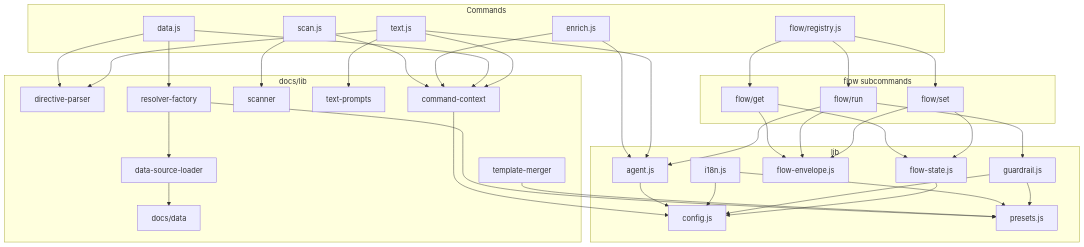
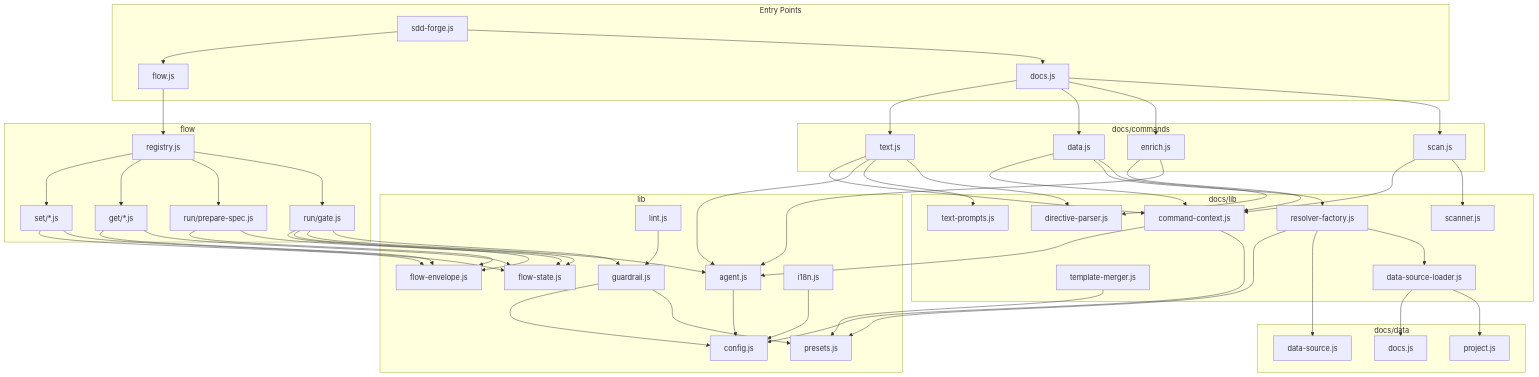
The diagram in docs/internal_design.md (SpreadWorks/sdd-forge), drawn with Mermaid before and after one commit. The commit also changed other lines of this file and 7 other files, not shown here.

````diff
--- a/docs/internal_design.md
+++ b/docs/internal_design.md
@@ -112,72 +140,96 @@
 ```mermaid
 graph TD
-    subgraph Commands
-        SC[scan.js]
-        EN[enrich.js]
-        DA[data.js]
-        TX[text.js]
-        FR[flow/registry.js]
-    end
+  subgraph Entry[Entry Points]
+    cli[sdd-forge.js]
+    docs_d[docs.js]
+    flow_d[flow.js]
+  end
 
-    subgraph DocsLib[docs/lib]
-        DP[directive-parser]
-        RF[resolver-factory]
-        SCN[scanner]
-        TP[text-prompts]
-        CC[command-context]
-        TM[template-merger]
-        DSL[data-source-loader]
-        DS[docs/data]
-    end
+  subgraph DocCmds[docs/commands]
+    scan[scan.js]
+    enrich[enrich.js]
+    data_cmd[data.js]
+    text_cmd[text.js]
+  end
 
-    subgraph FlowSub[flow subcommands]
-        FG[flow/get]
-        FRN[flow/run]
-        FS[flow/set]
-    end
+  subgraph DocLib[docs/lib]
+    dp[directive-parser.js]
+    rf[resolver-factory.js]
+    tm[template-merger.js]
+    cc[command-context.js]
+    tp[text-prompts.js]
+    sc[scanner.js]
+    dsl[data-source-loader.js]
+  end
 
-    subgraph CoreLib[lib]
-        AG[agent.js]
-        FST[flow-state.js]
-        FE[flow-envelope.js]
-        GR[guardrail.js]
-        I18[i18n.js]
-        CFG[config.js]
-        PRE[presets.js]
-    end
+  subgraph DocData[docs/data]
+    ds_base[data-source.js]
+    ds_project[project.js]
+    ds_docs[docs.js]
+  end
 
-    SC --> SCN
-    SC --> CC
-    EN --> AG
-    EN --> CC
-    DA --> DP
-    DA --> RF
-    DA --> CC
-    TX --> DP
-    TX --> TP
-    TX --> AG
-    TX --> CC
+  subgraph FlowMod[flow]
+    registry[registry.js]
+    gate[run/gate.js]
+    prepare[run/prepare-spec.js]
+    fl_get[get/*.js]
+    fl_set[set/*.js]
+  end
 
-    FR --> FG
-    FR --> FRN
-    FR --> FS
-    FG --> FST
-    FG --> FE
-    FRN --> AG
-    FRN --> GR
-    FRN --> FE
-    FS --> FST
-    FS --> FE
+  subgraph CoreLib[lib]
+    agent[agent.js]
+    flow_state[flow-state.js]
+    envelope[flow-envelope.js]
+    guardrail[guardrail.js]
+    i18n[i18n.js]
+    config[config.js]
+    presets[presets.js]
+    lint[lint.js]
+  end
 
-    RF --> DSL
-    DSL --> DS
-    RF --> PRE
-    TM --> PRE
-    CC --> CFG
-    AG --> CFG
-    I18 --> CFG
-    I18 --> PRE
-    GR --> PRE
-    GR --> CFG
-    FST --> CFG
+  cli --> docs_d
+  cli --> flow_d
+  docs_d --> scan
+  docs_d --> enrich
+  docs_d --> data_cmd
+  docs_d --> text_cmd
+  flow_d --> registry
+  registry --> gate
+  registry --> prepare
+  registry --> fl_get
+  registry --> fl_set
+  scan --> sc
+  scan --> cc
+  enrich --> agent
+  enrich --> cc
+  data_cmd --> dp
+  data_cmd --> rf
+  data_cmd --> cc
+  text_cmd --> dp
+  text_cmd --> tp
+  text_cmd --> agent
+  text_cmd --> cc
+  rf --> dsl
+  rf --> ds_base
+  rf --> presets
+  dsl --> ds_project
+  dsl --> ds_docs
+  tm --> presets
+  gate --> guardrail
+  gate --> agent
+  gate --> flow_state
+  gate --> envelope
+  prepare --> flow_state
+  prepare --> envelope
+  fl_get --> flow_state
+  fl_get --> envelope
+  fl_set --> flow_state
+  fl_set --> envelope
+  guardrail --> presets
+  guardrail --> config
+  agent --> config
+  cc --> config
+  cc --> agent
+  i18n --> config
+  lint --> guardrail
 ```
````
